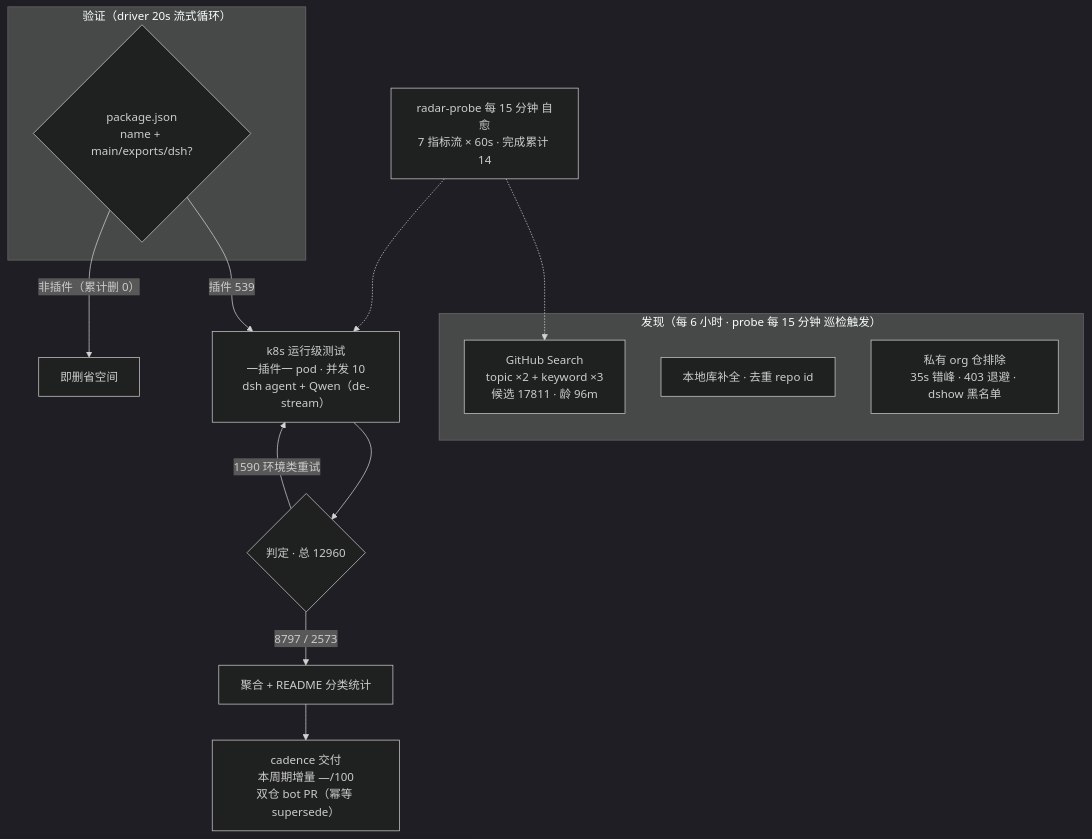
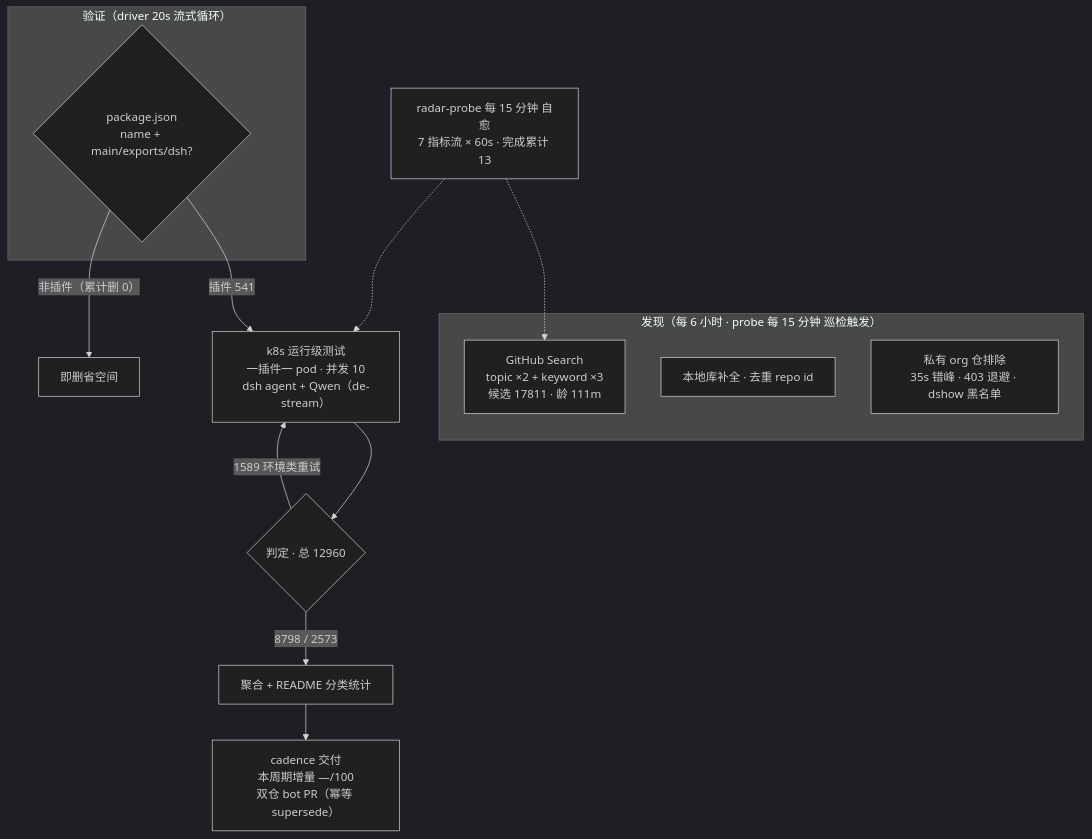
One commit to AdamPlatin123/awesome-dsh-plugins changed the diagram in README.md. Above: the diagram before and after it, drawn with Mermaid (dark theme). The commit also changed other lines of this file and 5 other files, not shown here.

````diff
--- a/README.md
+++ b/README.md
@@ -52,20 +52,20 @@
 ```mermaid
 flowchart TB
     subgraph Discovery["发现（每 6 小时 · probe 每 15 分钟 巡检触发）"]
-        A1["GitHub Search<br/>topic ×2 + keyword ×3<br/>候选 17811 · 龄 96m"]
+        A1["GitHub Search<br/>topic ×2 + keyword ×3<br/>候选 17811 · 龄 111m"]
         A2["本地库补全 · 去重 repo id"]
         A3["私有 org 仓排除<br/>35s 错峰 · 403 退避 · dshow 黑名单"]
     end
     subgraph Validation["验证（driver 20s 流式循环）"]
         B1{"package.json<br/>name + main/exports/dsh?"}
     end
-    B1 -->|"插件 539"| C1["k8s 运行级测试<br/>一插件一 pod · 并发 10<br/>dsh agent + Qwen（de-stream）"]
+    B1 -->|"插件 541"| C1["k8s 运行级测试<br/>一插件一 pod · 并发 10<br/>dsh agent + Qwen（de-stream）"]
     B1 -->|"非插件（累计删 0）"| B3["即删省空间"]
     C1 --> D1{"判定 · 总 12960"}
-    D1 -->|"8797 / 2573"| E1["聚合 + README 分类统计"]
-    D1 -->|"1590 环境类重试"| C1
+    D1 -->|"8798 / 2573"| E1["聚合 + README 分类统计"]
+    D1 -->|"1589 环境类重试"| C1
     E1 --> E2["cadence 交付<br/>本周期增量 —/100<br/>双仓 bot PR（幂等 supersede）"]
-    M["radar-probe 每 15 分钟 自愈<br/>7 指标流 × 60s · 完成累计 14"]
+    M["radar-probe 每 15 分钟 自愈<br/>7 指标流 × 60s · 完成累计 13"]
     M -.-> A1
     M -.-> C1
 ```
````
